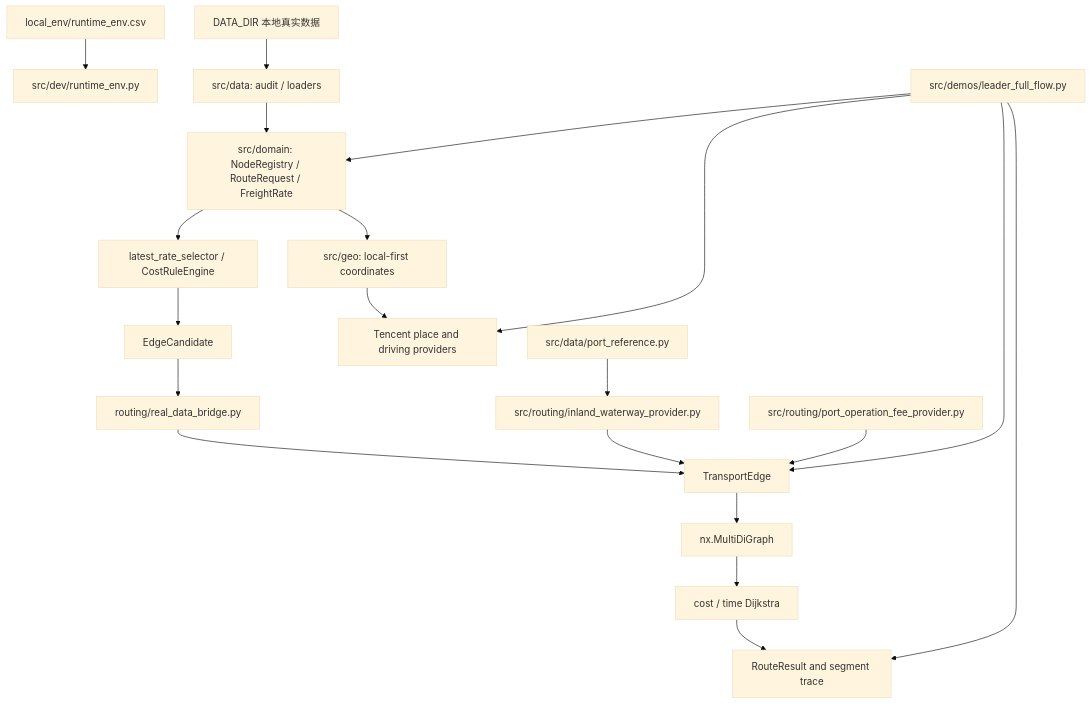
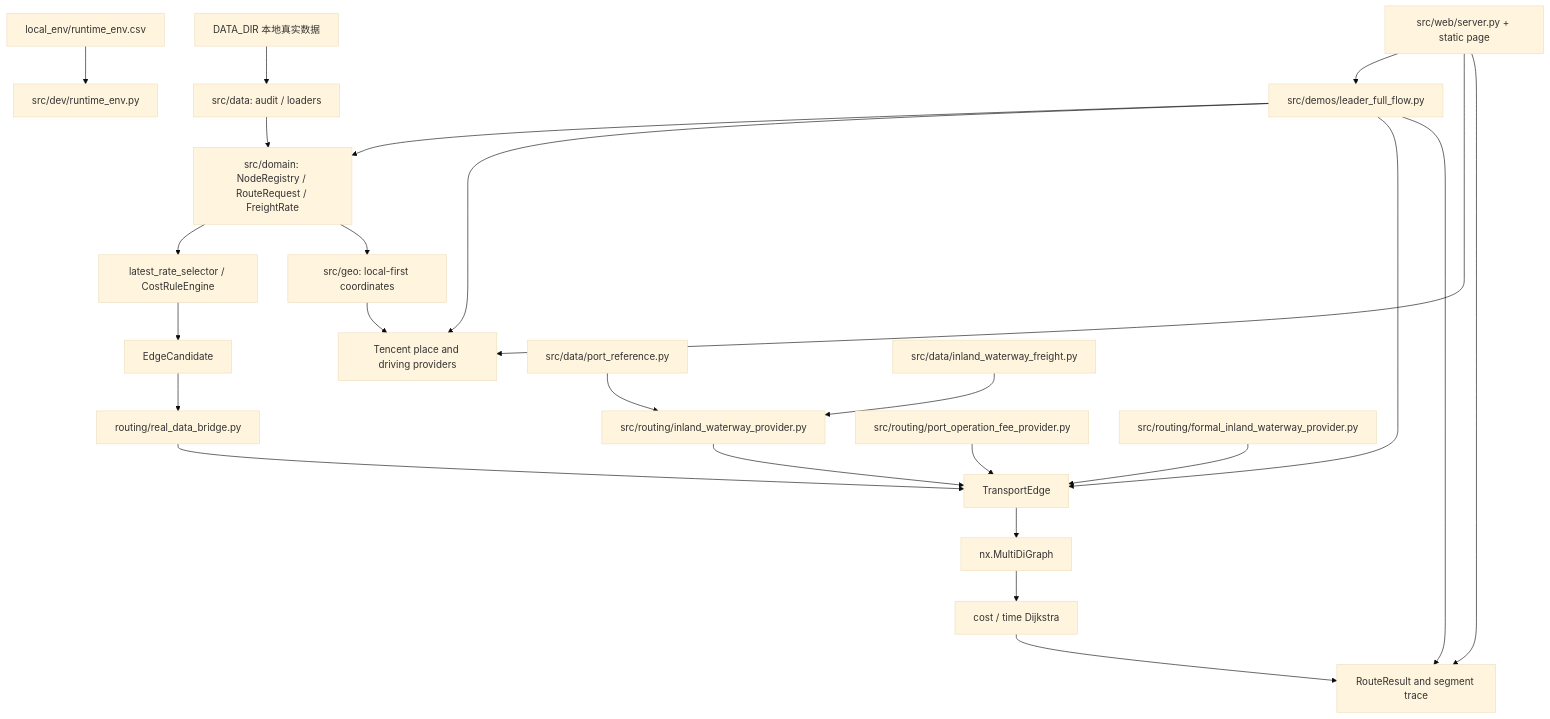
Before and after one commit to yumenou92-netizen/From-Port-to-Factory-A-Project-on-Transport-Route-Inference-Based-on-an-Open-Mapping-Platform: the diagram in docs/PROJECT_STATE.md, drawn with Mermaid (base theme). The commit also changed other lines of this file and 85 other files, not shown here.

````diff
--- a/docs/PROJECT_STATE.md
+++ b/docs/PROJECT_STATE.md
@@ -15,22 +26,27 @@
 ```mermaid
 flowchart TD
     A["local_env/runtime_env.csv"] --> B["src/dev/runtime_env.py"]
     C["DATA_DIR 本地真实数据"] --> D["src/data: audit / loaders"]
     D --> E["src/domain: NodeRegistry / RouteRequest / FreightRate"]
     E --> F["latest_rate_selector / CostRuleEngine"]
     E --> G["src/geo: local-first coordinates"]
     G --> H["Tencent place and driving providers"]
     F --> I["EdgeCandidate"]
     I --> J["routing/real_data_bridge.py"]
     J --> K["TransportEdge"]
     K --> L["nx.MultiDiGraph"]
     L --> M["cost / time Dijkstra"]
     M --> N["RouteResult and segment trace"]
     O["src/demos/leader_full_flow.py"] --> E
     O --> H
     O --> K
     O --> N
     Q["src/routing/inland_waterway_provider.py"] --> K
     P["src/data/port_reference.py"] --> Q
     R["src/routing/port_operation_fee_provider.py"] --> K
+    S["src/data/inland_waterway_freight.py"] --> Q
+    T["src/routing/formal_inland_waterway_provider.py"] --> K
+    W["src/web/server.py + static page"] --> O
+    W --> H
+    W --> N
 ```
````
